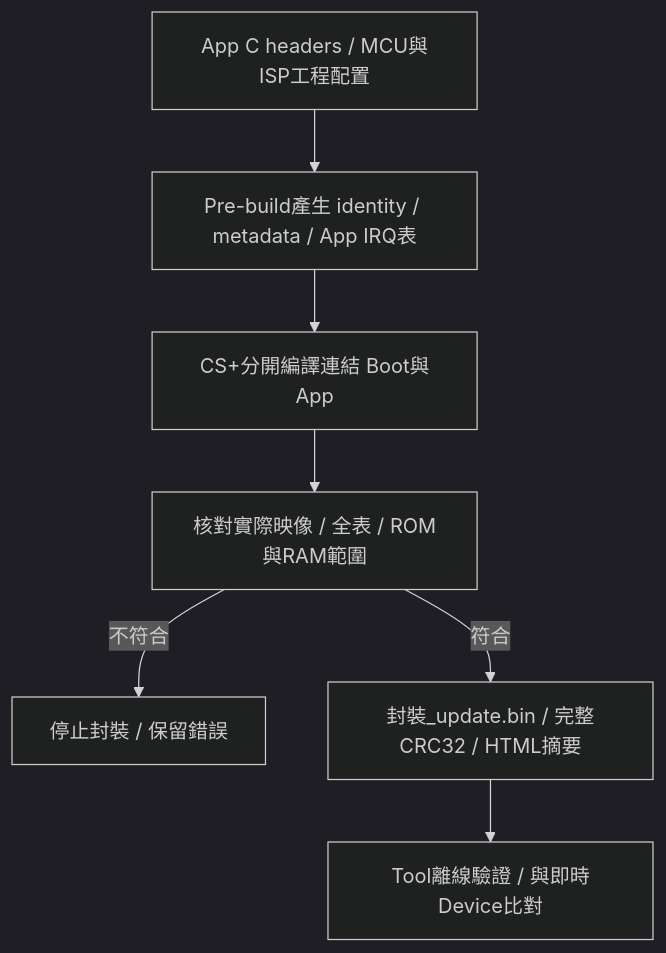
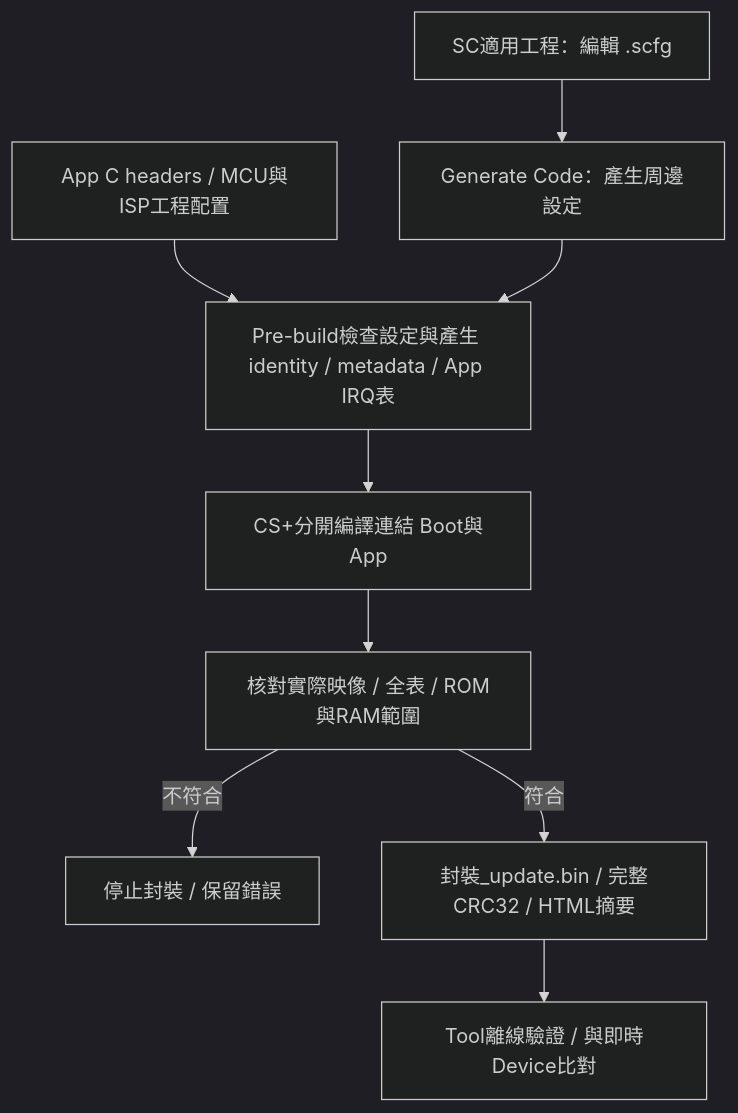
Before and after one commit to released/slide_boot_loader_for_RL78: the diagram in serial-device.md, drawn with Mermaid (dark theme). The commit also changed other lines of this file and 6 other files, not shown here.

````diff
--- a/serial-device.md
+++ b/serial-device.md
@@ -69,9 +77,11 @@
 ```mermaid
 flowchart TD
-    H["App C headers / MCU與ISP工程配置"] --> P["Pre-build產生 identity / metadata / App IRQ表"]
+    H["App C headers / MCU與ISP工程配置"] --> P["Pre-build檢查設定與產生 identity / metadata / App IRQ表"]
+    S["SC適用工程：編輯 .scfg"] --> G["Generate Code：產生周邊設定"]
+    G --> P
     P --> C["CS+分開編譯連結 Boot與App"]
     C --> V["核對實際映像 / 全表 / ROM與RAM範圍"]
     V -- 不符合 --> E["停止封裝 / 保留錯誤"]
     V -- 符合 --> B["封裝_update.bin / 完整CRC32 / HTML摘要"]
     B --> T["Tool離線驗證 / 與即時Device比對"]
 ```
````
